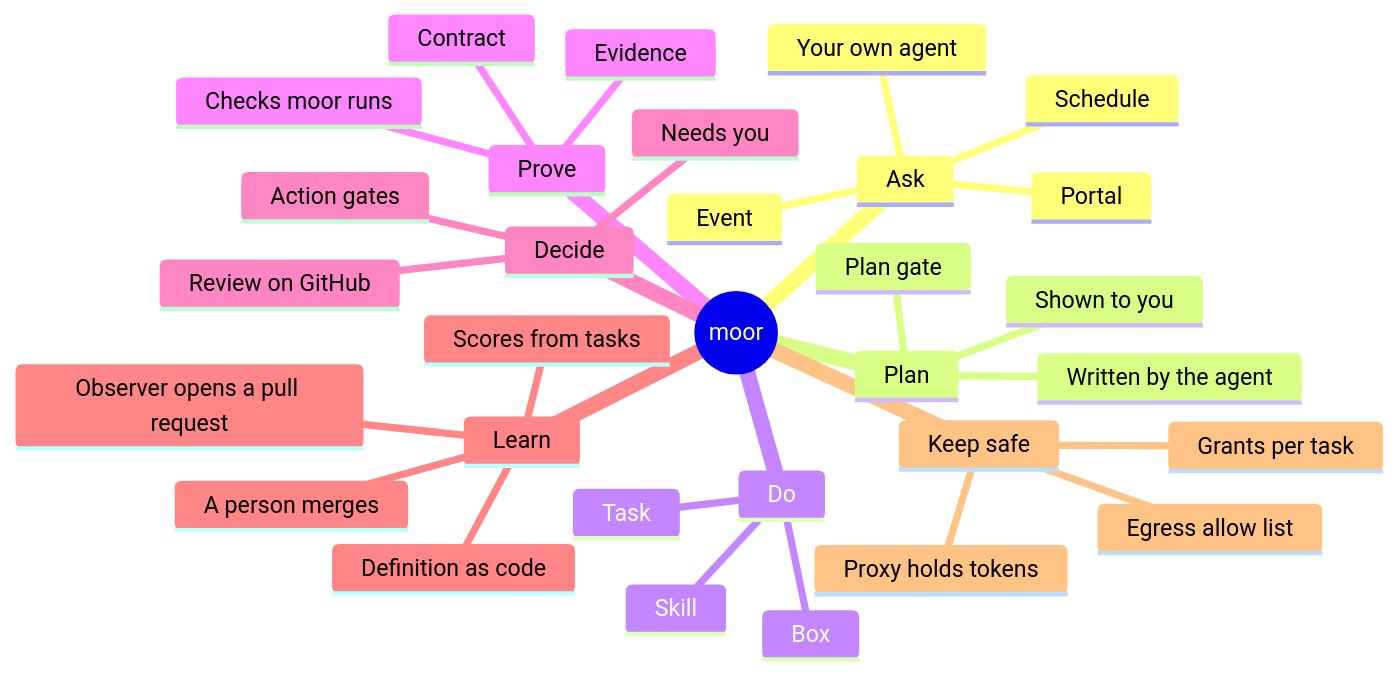
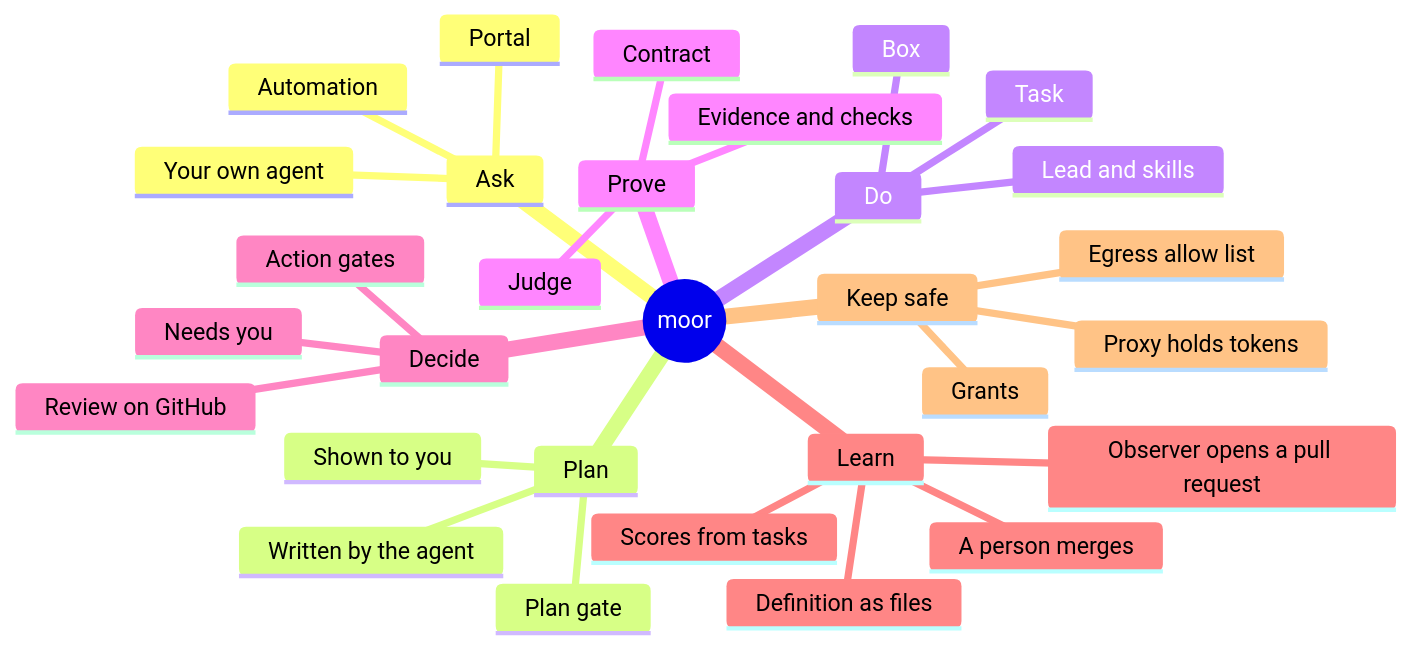
Before and after one commit to IniZio/moor: the fourth of 4 diagrams in docs/specs/position.md, drawn with Mermaid. The commit also changed other lines of this file, not shown here.

Commit message:
docs(specs): keep the shape of work in a definition repo

````diff
--- a/docs/specs/position.md
+++ b/docs/specs/position.md
@@ -229,34 +292,33 @@
 ```mermaid
 mindmap
   root((moor))
     Ask
       Portal
       Your own agent
-      Schedule
-      Event
+      Automation
     Plan
       Written by the agent
       Shown to you
       Plan gate
     Do
       Task
       Box
-      Skill
+      Lead and skills
     Prove
       Contract
-      Checks moor runs
-      Evidence
+      Evidence and checks
+      Judge
     Decide
       Needs you
       Action gates
       Review on GitHub
     Learn
-      Definition as code
+      Definition as files
       Scores from tasks
       Observer opens a pull request
       A person merges
     Keep safe
       Proxy holds tokens
       Egress allow list
-      Grants per task
+      Grants
 ```
````
